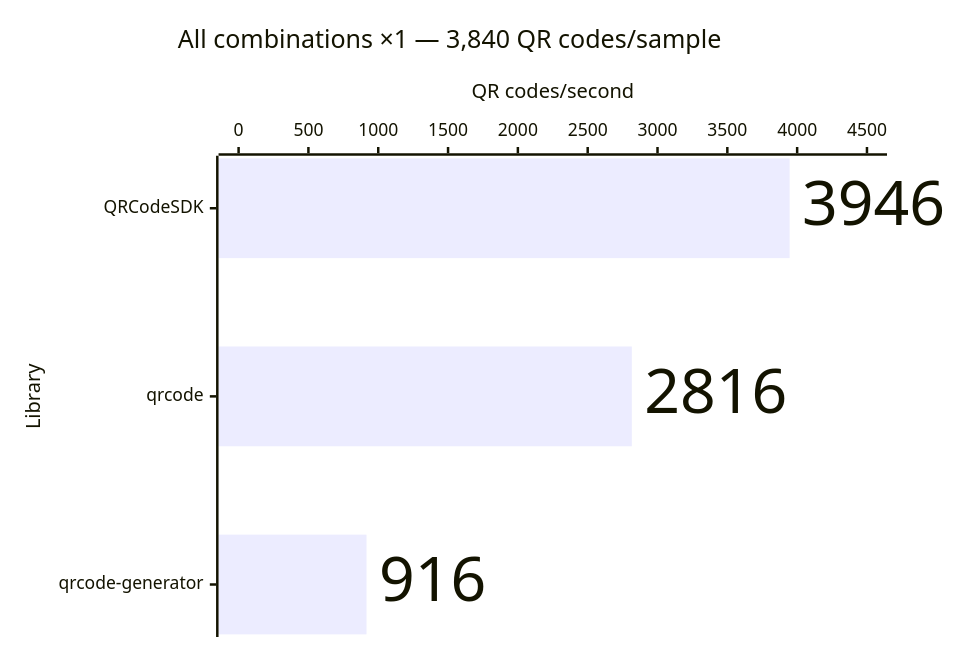
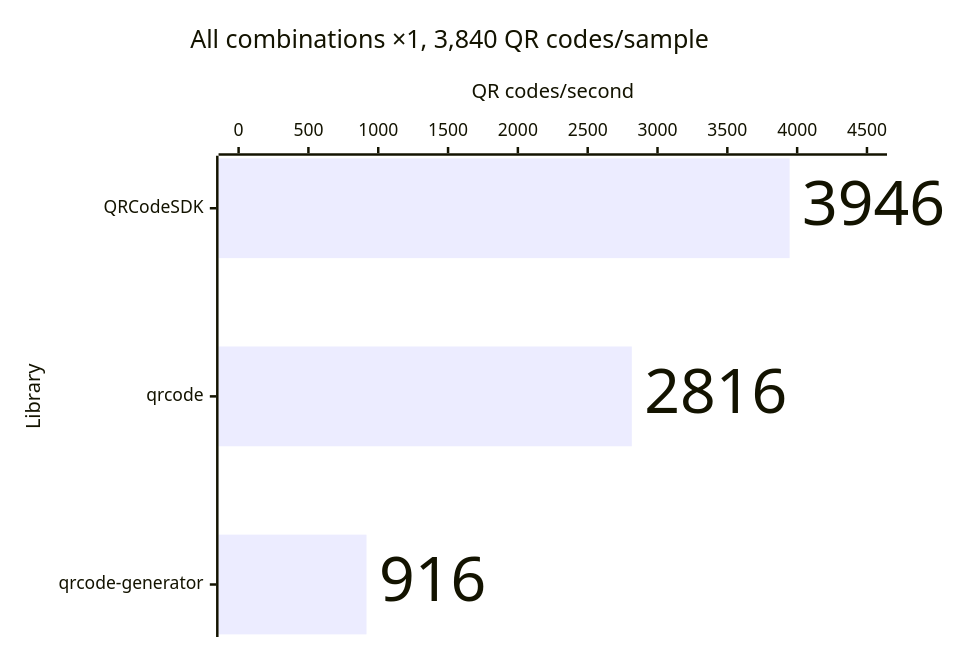
One commit to Dafnik/qrcodesdk changed diagram 11 of 14 in apps/docs/src/content/docs/learn/performance.md. Above: the diagram before and after it, drawn with Mermaid. The commit also changed other lines of this file and 86 other files, not shown here.

````diff
--- a/apps/docs/src/content/docs/learn/performance.md
+++ b/apps/docs/src/content/docs/learn/performance.md
@@ -230,15 +230,15 @@
 ```mermaid
 ---
 config:
   xyChart:
     showDataLabel: true
     showDataLabelOutsideBar: true
 ---
 xychart horizontal
-  accTitle: SVG generation: All combinations ×1 — 3,840 QR codes/sample
+  accTitle: SVG generation, All combinations ×1, 3,840 QR codes/sample
   accDescr: Throughput calculated from median time. QRCodeSDK 3,946 QR codes per second, qrcode 2,816 QR codes per second, qrcode-generator 916 QR codes per second. Higher is better.
-  title "All combinations ×1 — 3,840 QR codes/sample"
+  title "All combinations ×1, 3,840 QR codes/sample"
   x-axis "Library" ["QRCodeSDK", "qrcode", "qrcode-generator"]
   y-axis "QR codes/second" 0 --> 4500
   bar [3946, 2816, 916]
 ```
````
